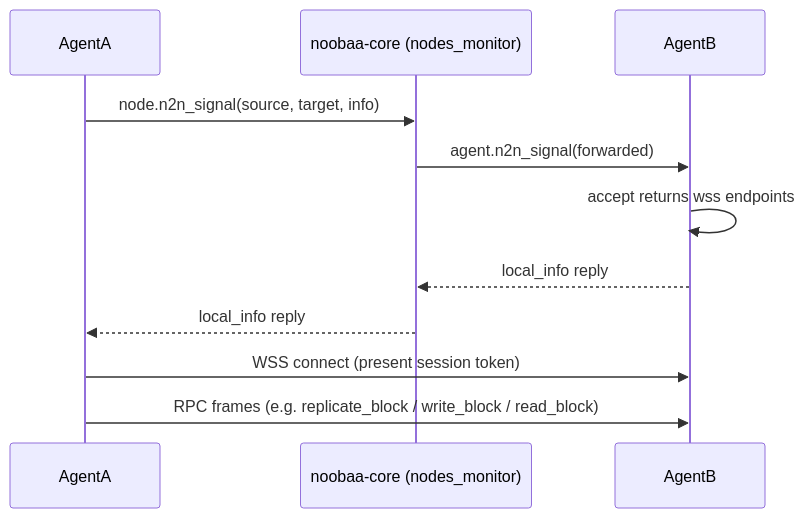
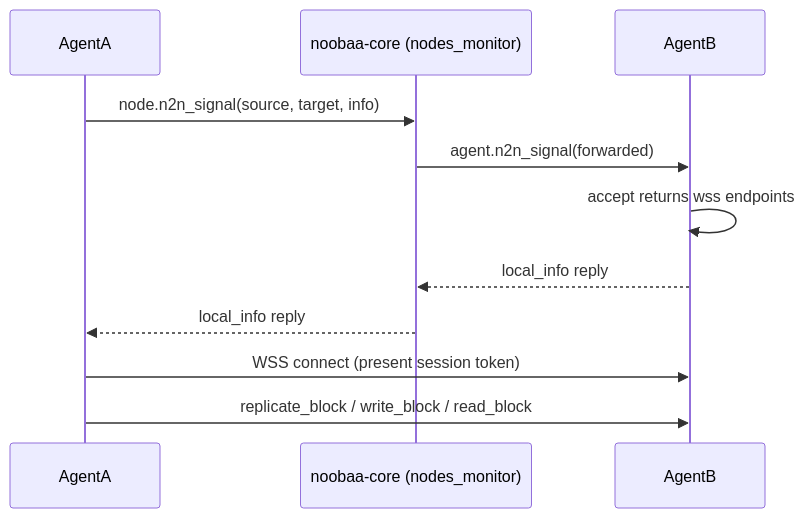
The second of 2 diagrams in docs/design/RemoveICE.md (noobaa/noobaa-core), drawn with Mermaid before and after one commit. The commit also changed other lines of this file, not shown here.

````diff
--- a/docs/design/RemoveICE.md
+++ b/docs/design/RemoveICE.md
@@ -74,13 +74,13 @@
 ```mermaid
 sequenceDiagram
     participant AgentA
     participant Core as noobaa-core (nodes_monitor)
     participant AgentB
     AgentA->>Core: node.n2n_signal(source, target, info)
     Core->>AgentB: agent.n2n_signal(forwarded)
     AgentB->>AgentB: accept returns wss endpoints
     AgentB-->>Core: local_info reply
     Core-->>AgentA: local_info reply
     AgentA->>AgentB: WSS connect (present session token)
-    AgentA->>AgentB: RPC frames (e.g. replicate_block / write_block / read_block)
+    AgentA->>AgentB: replicate_block / write_block / read_block
 ```
````
